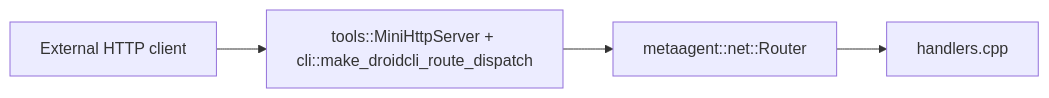
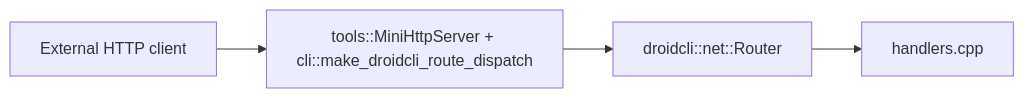
The third of 3 diagrams in ARCHITECTURE.md (vecnode/droidcli), drawn with Mermaid before and after one commit. The commit also changed other lines of this file and 89 other files, not shown here.

First line of the commit message:
Full metaagent -> droidcli internal rename, README rebrand, Apache 2.0 (#23)

````diff
--- a/ARCHITECTURE.md
+++ b/ARCHITECTURE.md
@@ -163,9 +163,9 @@
 ```mermaid
 flowchart LR
     Client[External HTTP client]
     Mount[tools::MiniHttpServer + cli::make_droidcli_route_dispatch]
-    Router[metaagent::net::Router]
+    Router[droidcli::net::Router]
     Handlers[handlers.cpp]
 
     Client --> Mount --> Router --> Handlers
 ```
````
